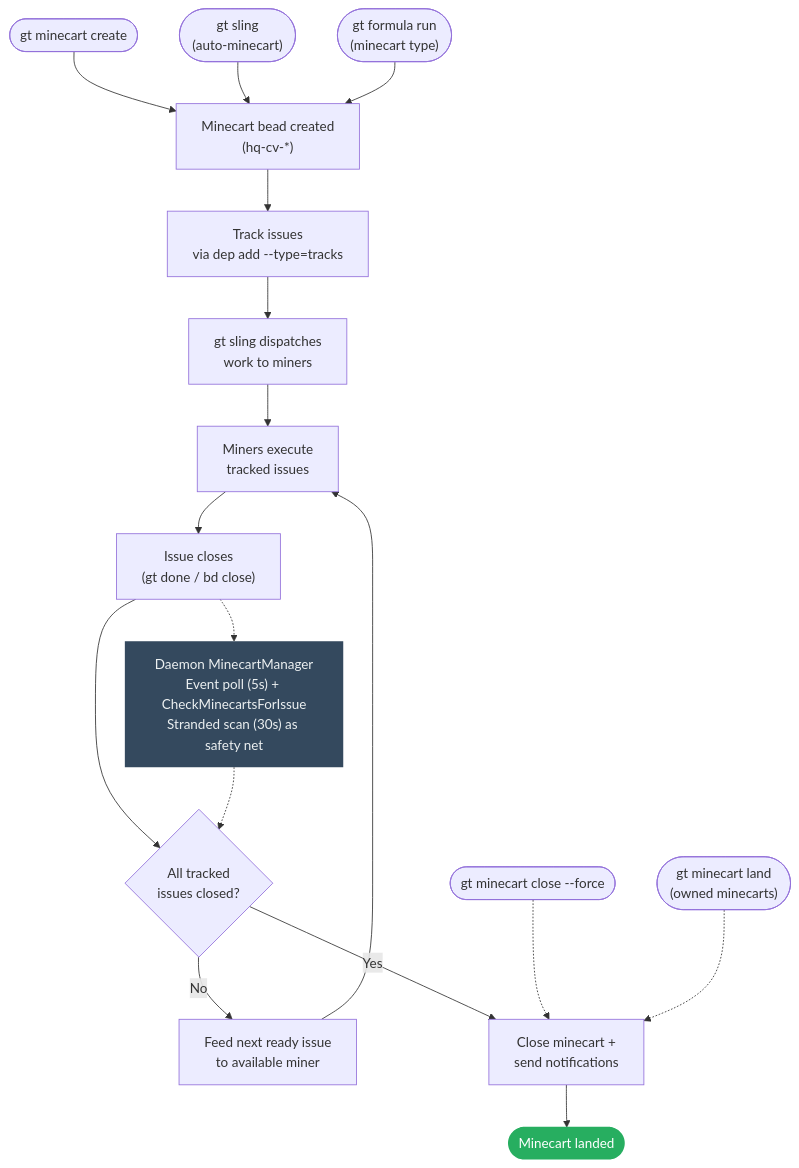
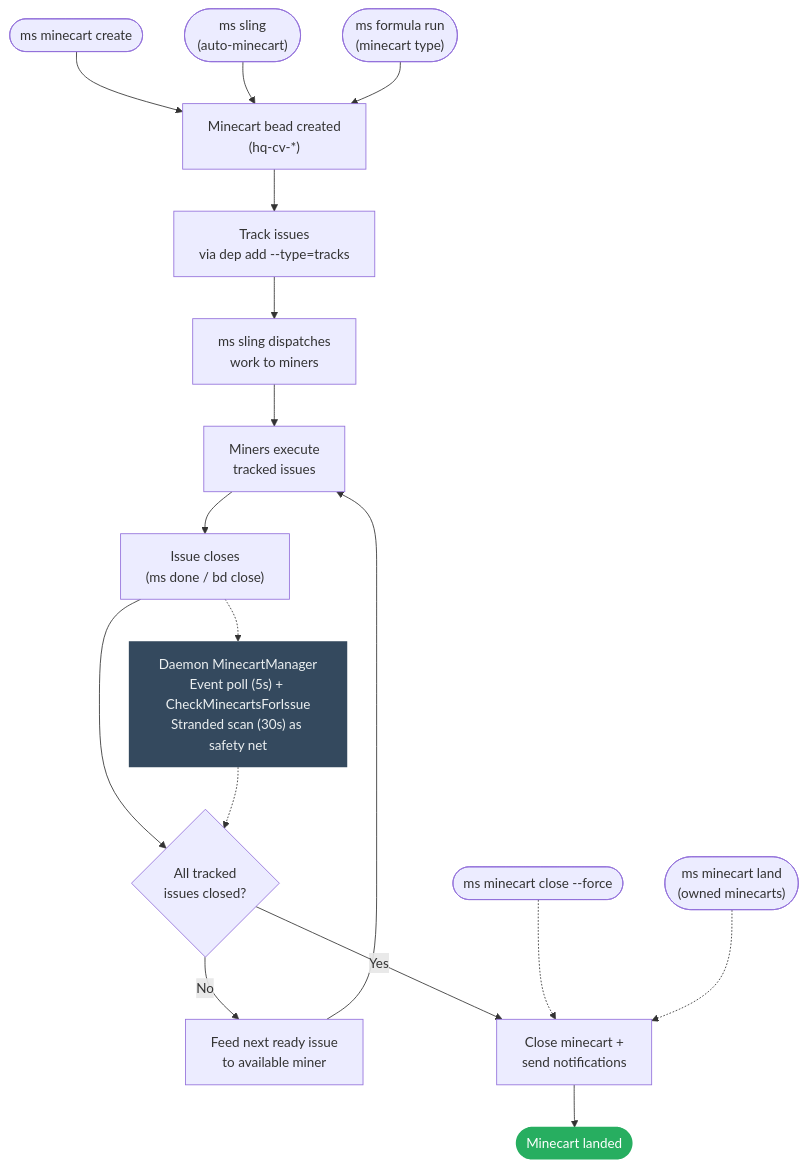
Before and after one commit to Braoden/Mineshaft: the first of 2 diagrams in docs/design/minecart/minecart-lifecycle.md, drawn with Mermaid. The commit also changed other lines of this file and 1050 other files, not shown here.

````diff
--- a/docs/design/minecart/minecart-lifecycle.md
+++ b/docs/design/minecart/minecart-lifecycle.md
@@ -7,43 +7,43 @@
 ```mermaid
 flowchart TB
     %% ---- Creation ----
-    create_manual(["gt minecart create"])
-    create_sling(["gt sling<br/>(auto-minecart)"])
-    create_formula(["gt formula run<br/>(minecart type)"])
+    create_manual(["ms minecart create"])
+    create_sling(["ms sling<br/>(auto-minecart)"])
+    create_formula(["ms formula run<br/>(minecart type)"])
 
     create_manual --> minecart["Minecart bead created<br/>(hq-cv-*)"]
     create_sling --> minecart
     create_formula --> minecart
 
     minecart --> track["Track issues<br/>via dep add --type=tracks"]
 
     %% ---- Dispatch ----
-    track --> dispatch["gt sling dispatches<br/>work to miners"]
+    track --> dispatch["ms sling dispatches<br/>work to miners"]
     dispatch --> working["Miners execute<br/>tracked issues"]
 
     %% ---- Completion detection ----
-    working --> issue_close["Issue closes<br/>(gt done / bd close)"]
+    working --> issue_close["Issue closes<br/>(ms done / bd close)"]
 
     issue_close --> check{"All tracked<br/>issues closed?"}
 
     check -->|No| feed["Feed next ready issue<br/>to available miner"]
     feed --> working
 
     check -->|Yes| close["Close minecart +<br/>send notifications"]
     close --> done(["Minecart landed"])
 
     %% ---- Daemon observer (event-driven + stranded scan) ----
     issue_close -.-> obs_daemon["Daemon MinecartManager<br/>Event poll (5s) + CheckMinecartsForIssue<br/>Stranded scan (30s) as safety net"]
 
     obs_daemon -.-> check
 
     %% ---- Manual overrides ----
-    force_close(["gt minecart close --force"]) -.-> close
-    land(["gt minecart land<br/>(owned minecarts)"]) -.-> close
+    force_close(["ms minecart close --force"]) -.-> close
+    land(["ms minecart land<br/>(owned minecarts)"]) -.-> close
 
     classDef successNode fill:#27ae60,color:#fff,stroke:none
     classDef extNode fill:#34495e,color:#ecf0f1,stroke:none
 
     class done successNode
     class obs_daemon extNode
 ```
````
